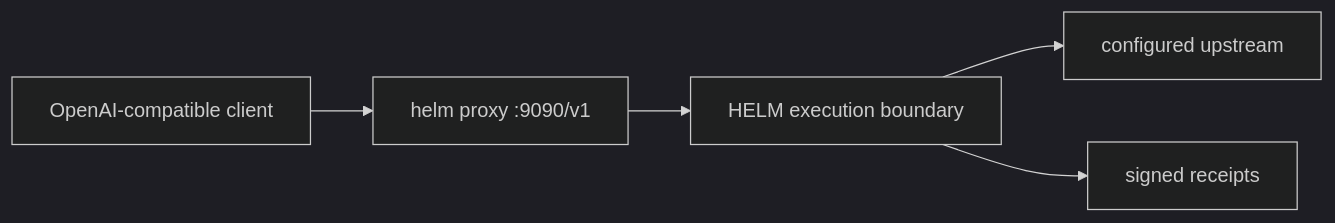
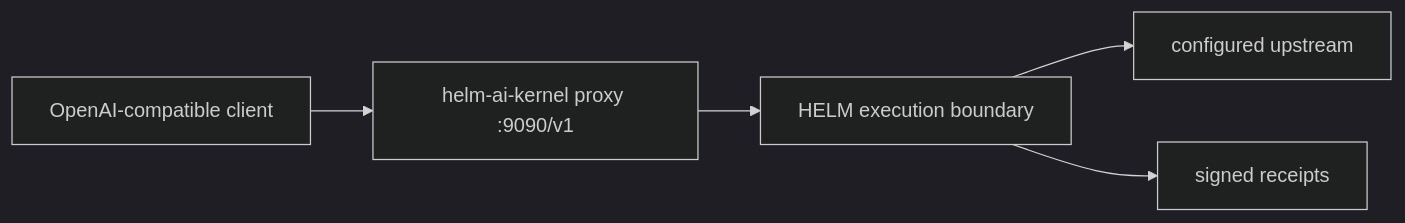
The diagram in docs/INTEGRATIONS/openai_baseurl.md (Mindburn-Labs/helm-ai-kernel), drawn with Mermaid (dark theme) before and after one commit. The commit also changed other lines of this file and 966 other files, not shown here.

First line of the commit message:
chore: complete helm-ai-kernel rename (#138)

````diff
--- a/docs/INTEGRATIONS/openai_baseurl.md
+++ b/docs/INTEGRATIONS/openai_baseurl.md
@@ -12,7 +16,7 @@
 ```mermaid
 flowchart LR
-  Client["OpenAI-compatible client"] --> Proxy["helm proxy :9090/v1"]
+  Client["OpenAI-compatible client"] --> Proxy["helm-ai-kernel proxy :9090/v1"]
   Proxy --> Boundary["HELM execution boundary"]
   Boundary --> Upstream["configured upstream"]
   Boundary --> Receipts["signed receipts"]
 ```
````
